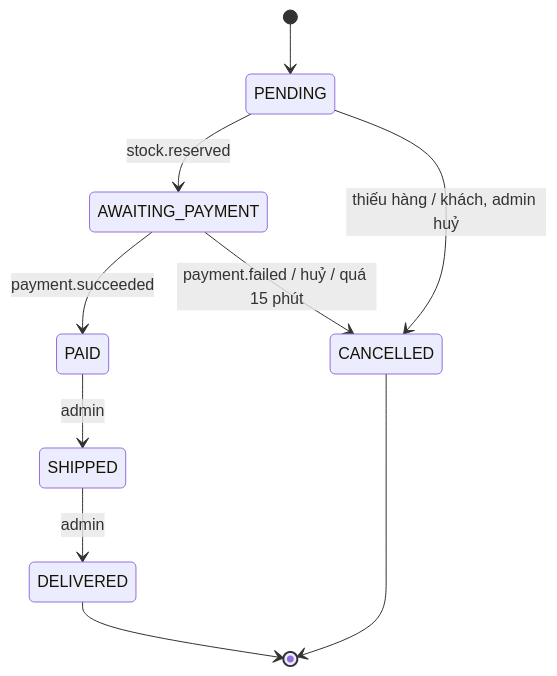
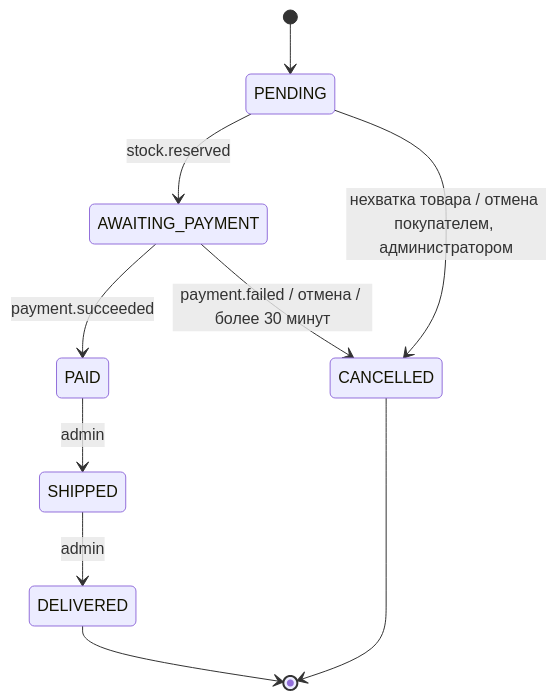
Before and after one commit to GlankS21/web-project: the third of 4 diagrams in ecommerce/docs/architecture.md, drawn with Mermaid. The commit also changed other lines of this file and 259 other files, not shown here.

````diff
--- a/ecommerce/docs/architecture.md
+++ b/ecommerce/docs/architecture.md
@@ -97,12 +100,12 @@
 ```mermaid
 stateDiagram-v2
     [*] --> PENDING
     PENDING --> AWAITING_PAYMENT: stock.reserved
-    PENDING --> CANCELLED: thiếu hàng / khách, admin huỷ
+    PENDING --> CANCELLED: нехватка товара / отмена покупателем, администратором
     AWAITING_PAYMENT --> PAID: payment.succeeded
-    AWAITING_PAYMENT --> CANCELLED: payment.failed / huỷ / quá 15 phút
+    AWAITING_PAYMENT --> CANCELLED: payment.failed / отмена / более 30 минут
     PAID --> SHIPPED: admin
     SHIPPED --> DELIVERED: admin
     DELIVERED --> [*]
     CANCELLED --> [*]
 ```
````
